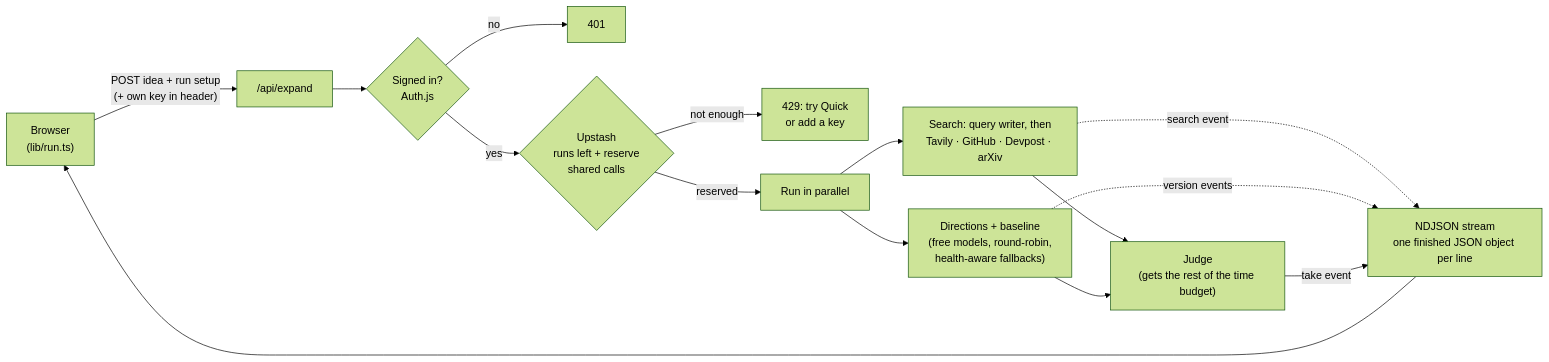
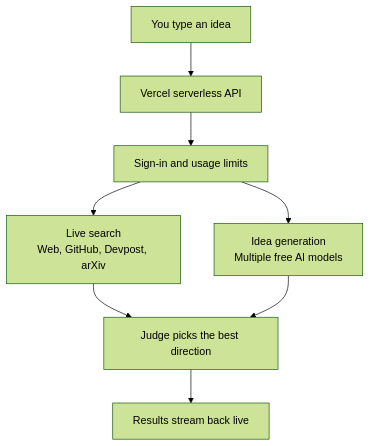
One commit to rohithkarning-debug/Brainy-io changed the diagram in README.md. Above: the diagram before and after it, drawn with Mermaid (forest theme). The commit also changed other lines of this file, not shown here.

First line of the commit message:
README: add "Why I built this", a Features section and a simpler diagram

````diff
--- a/README.md
+++ b/README.md
@@ -29,17 +76,10 @@
 ```mermaid
-flowchart LR
-    B["Browser<br/>(lib/run.ts)"] -->|"POST idea + run setup<br/>(+ own key in header)"| E["/api/expand"]
-    E --> G{"Signed in?<br/>Auth.js"}
-    G -->|no| X401["401"]
-    G -->|yes| Q{"Upstash<br/>runs left + reserve<br/>shared calls"}
-    Q -->|"not enough"| X429["429: try Quick<br/>or add a key"]
-    Q -->|reserved| P["Run in parallel"]
-    P --> S["Search: query writer, then<br/>Tavily · GitHub · Devpost · arXiv"]
-    P --> M["Directions + baseline<br/>(free models, round-robin,<br/>health-aware fallbacks)"]
-    S --> J["Judge<br/>(gets the rest of the time budget)"]
-    M --> J
-    S -.->|search event| N
-    M -.->|version events| N
-    J -->|"take event"| N["NDJSON stream<br/>one finished JSON object per line"]
-    N --> B
+flowchart TD
+    A["You type an idea"] --> B["Vercel serverless API"]
+    B --> C["Sign-in and usage limits"]
+    C --> D["Live search<br/>Web, GitHub, Devpost, arXiv"]
+    C --> E["Idea generation<br/>Multiple free AI models"]
+    D --> F["Judge picks the best direction"]
+    E --> F
+    F --> G["Results stream back live"]
 ```
````
